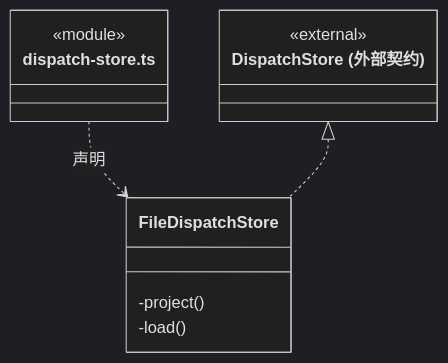
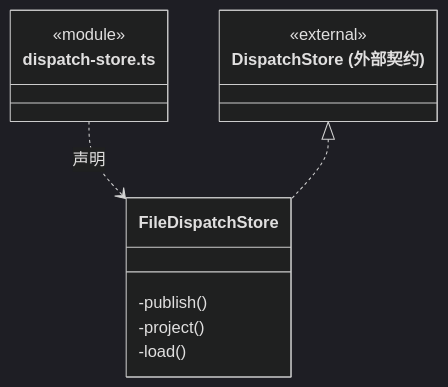
Before and after one commit to nan023062/cbim: the third of 4 diagrams in src/logic/dispatch/storage/ARCHITECTURE.md, drawn with Mermaid (dark theme). The commit also changed other lines of this file and 139 other files, not shown here.

Commit message:
docs(architecture): add source reading paths and complete file inventories

````diff
--- a/src/logic/dispatch/storage/ARCHITECTURE.md
+++ b/src/logic/dispatch/storage/ARCHITECTURE.md
@@ -103,15 +107,16 @@
 ```mermaid
 classDiagram
 class N_src_logic_dispatch_storage_dispatch_store_ts["dispatch-store.ts"] {
   <<module>>
 }
 class N_src_logic_dispatch_storage_dispatch_store_ts_FileDispatchStore["FileDispatchStore"] {
+  -publish()
   -project()
   -load()
 }
 N_src_logic_dispatch_storage_dispatch_store_ts ..> N_src_logic_dispatch_storage_dispatch_store_ts_FileDispatchStore : 声明
 class N_src_logic_dispatch_storage_dispatch_store_ts_external_DispatchStore["DispatchStore (外部契约)"] {
   <<external>>
 }
 N_src_logic_dispatch_storage_dispatch_store_ts_external_DispatchStore <|.. N_src_logic_dispatch_storage_dispatch_store_ts_FileDispatchStore
 ```
````
